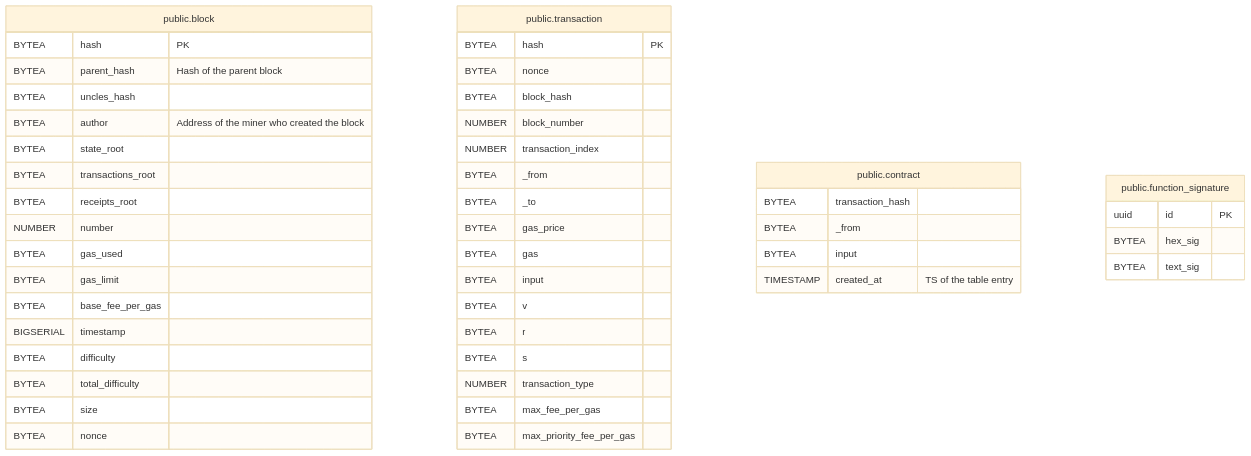
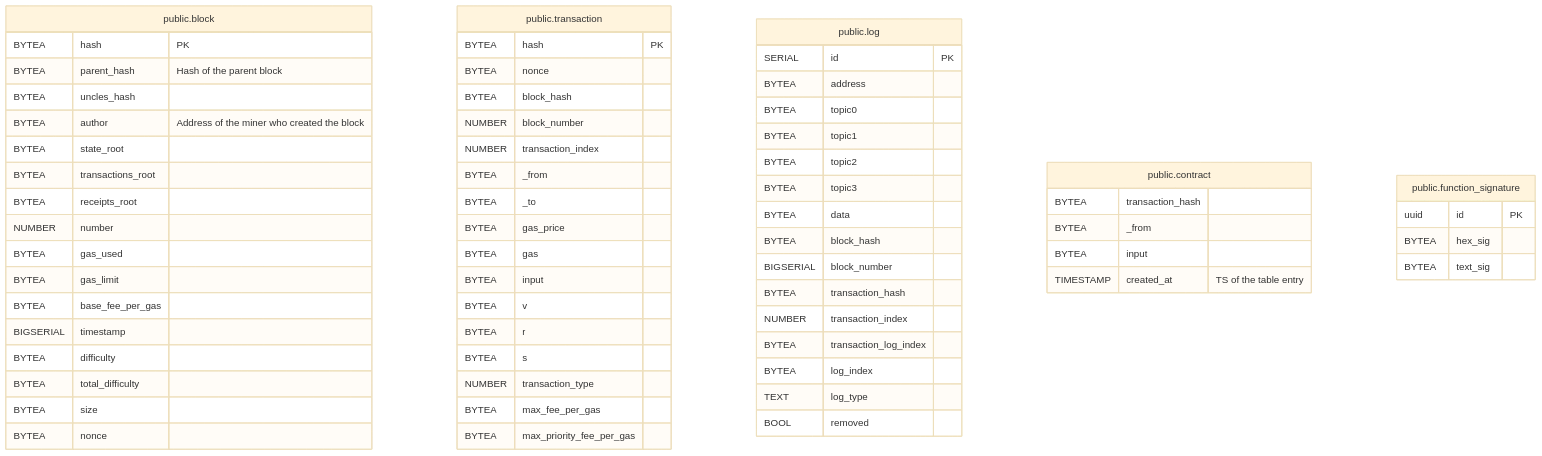
Before and after one commit to lbkolev/eventify: the diagram in migrations/README.md, drawn with Mermaid (base theme). The commit also changed 6 other files, not shown here.

````diff
--- a/migrations/README.md
+++ b/migrations/README.md
@@ -9,54 +9,72 @@
 ```mermaid
 erDiagram
 
 "public.block" {
     BYTEA hash "PK"
     BYTEA parent_hash "Hash of the parent block"
     BYTEA uncles_hash
     BYTEA author "Address of the miner who created the block"
     BYTEA state_root
     BYTEA transactions_root
     BYTEA receipts_root
     NUMBER number
     BYTEA gas_used
     BYTEA gas_limit
     BYTEA base_fee_per_gas
     BIGSERIAL timestamp
     BYTEA difficulty
     BYTEA total_difficulty
     BYTEA size
     BYTEA nonce
 }
 
 "public.transaction" {
     BYTEA hash "PK"
     BYTEA nonce
     BYTEA block_hash
     NUMBER block_number
     NUMBER transaction_index
     BYTEA _from
     BYTEA _to
     BYTEA gas_price
     BYTEA gas
     BYTEA input
     BYTEA v
     BYTEA r
     BYTEA s
     NUMBER transaction_type
     BYTEA max_fee_per_gas
     BYTEA max_priority_fee_per_gas
 }
 
+"public.log" {
+    SERIAL id "PK"
+    BYTEA address
+    BYTEA topic0
+    BYTEA topic1
+    BYTEA topic2
+    BYTEA topic3
+    BYTEA data
+    BYTEA block_hash
+    BIGSERIAL block_number
+    BYTEA transaction_hash
+    NUMBER transaction_index
+    BYTEA transaction_log_index
+    BYTEA log_index
+    TEXT log_type
+    BOOL removed
+}
+
 "public.contract" {
     BYTEA transaction_hash
     BYTEA _from
     BYTEA input
     TIMESTAMP created_at "TS of the table entry"
 }
 
 "public.function_signature" {
     uuid id "PK"
     BYTEA hex_sig
     BYTEA text_sig
 }
 ```
````
